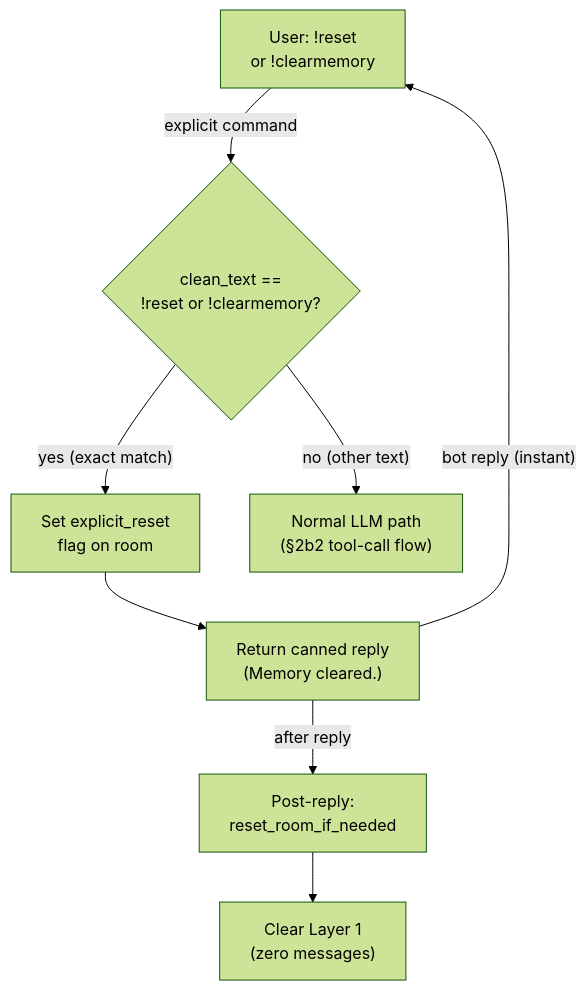
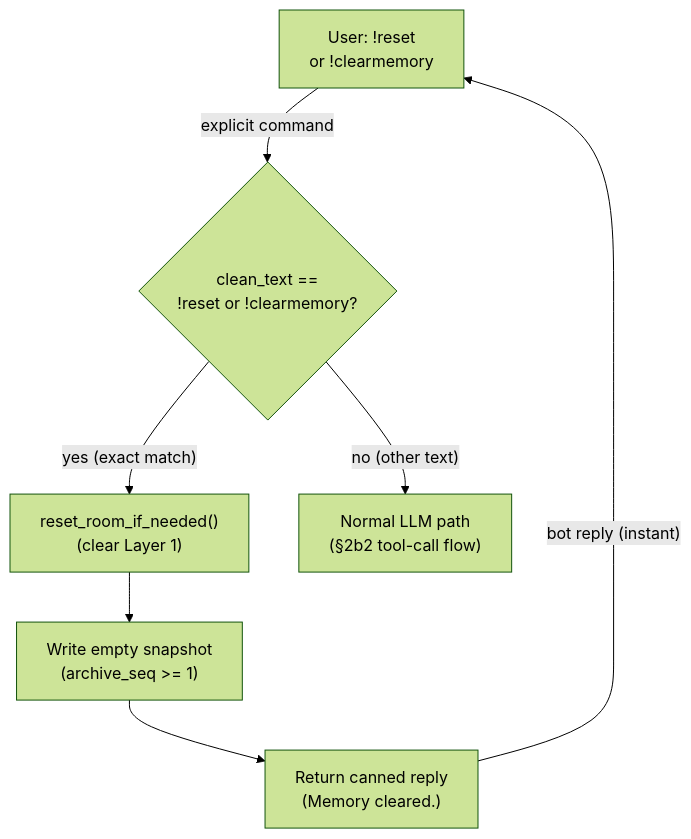
One commit to cosmoswafer/rockbot changed the diagram in docs/dfd/memory/memory-reset/pre-llm-shortcut.md. Above: the diagram before and after it, drawn with Mermaid (forest theme). The commit also changed other lines of this file and 12 other files, not shown here.

First line of the commit message:
fix: persist empty memory snapshot on !reset

````diff
--- a/docs/dfd/memory/memory-reset/pre-llm-shortcut.md
+++ b/docs/dfd/memory/memory-reset/pre-llm-shortcut.md
@@ -21,18 +20,16 @@
 ```mermaid
 flowchart TD
     USER["User: !reset<br/>or !clearmemory"]
     CHECK{"clean_text ==<br/>!reset or !clearmemory?"}
-    FLAG["Set explicit_reset<br/>flag on room"]
+    RESET["reset_room_if_needed()<br/>(clear Layer 1)"]
+    PERSIST["Write empty snapshot<br/>(archive_seq >= 1)"]
     REPLY["Return canned reply<br/>(Memory cleared.)"]
-    POST["Post-reply:<br/>reset_room_if_needed"]
-    CLEAR["Clear Layer 1<br/>(zero messages)"]
     LLM_PATH["Normal LLM path<br/>(§2b2 tool-call flow)"]
 
     USER -->|"explicit command"| CHECK
-    CHECK -->|"yes (exact match)"| FLAG
-    FLAG --> REPLY
+    CHECK -->|"yes (exact match)"| RESET
+    RESET --> PERSIST
+    PERSIST --> REPLY
     REPLY -->|"bot reply (instant)"| USER
-    REPLY -->|"after reply"| POST
-    POST --> CLEAR
     CHECK -->|"no (other text)"| LLM_PATH
 ```
````
